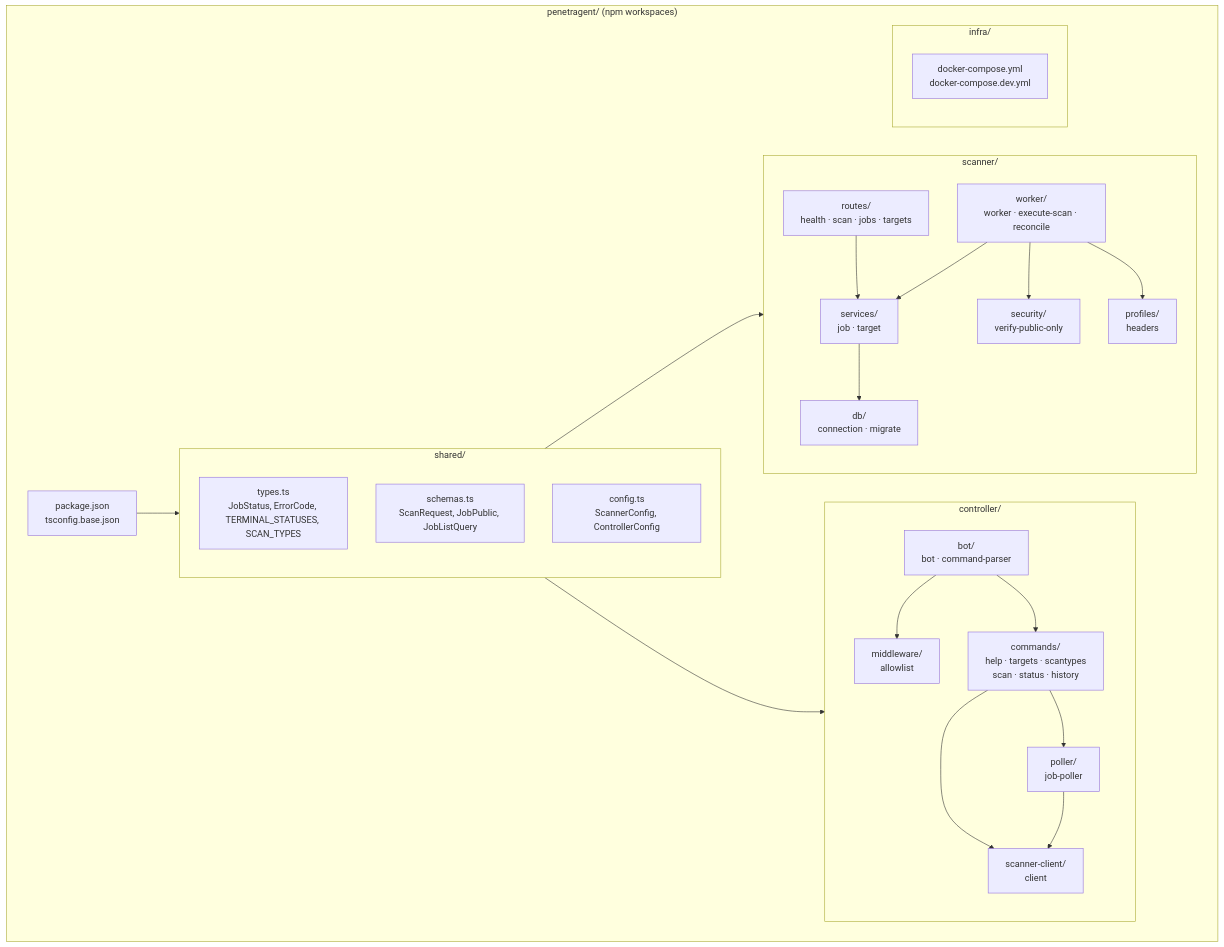
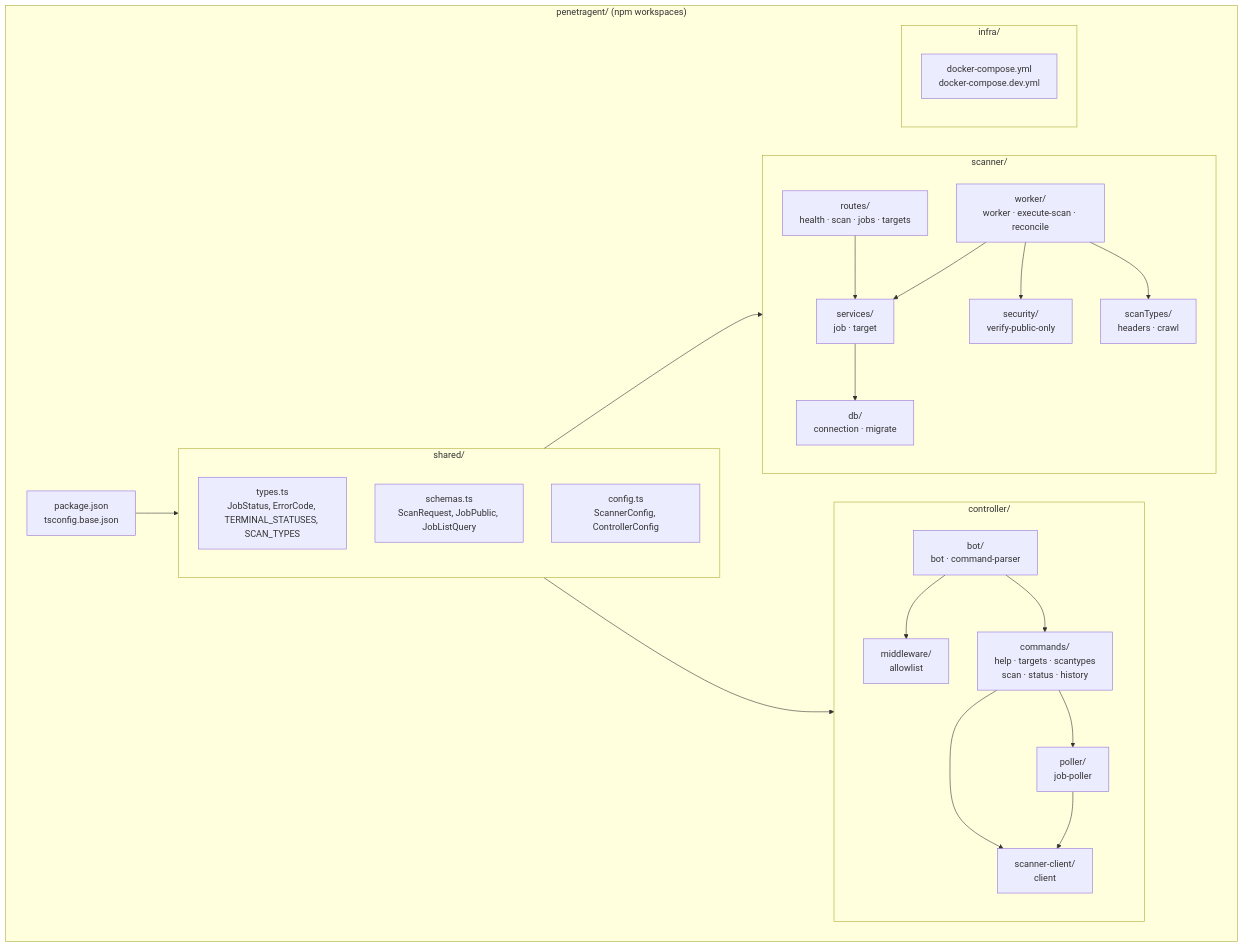
Before and after one commit to kirinmurphy/penetragent: the diagram in docs/howitworks/01-monorepo-structure.md, drawn with Mermaid. The commit also changed 60 other files, not shown here.

````diff
--- a/docs/howitworks/01-monorepo-structure.md
+++ b/docs/howitworks/01-monorepo-structure.md
@@ -3,47 +3,47 @@
 ```mermaid
 graph TB
     subgraph "penetragent/ (npm workspaces)"
         ROOT["package.json<br/>tsconfig.base.json"]
 
         subgraph "shared/"
             S_TYPES["types.ts<br/>JobStatus, ErrorCode, TERMINAL_STATUSES, SCAN_TYPES"]
             S_SCHEMAS["schemas.ts<br/>ScanRequest, JobPublic, JobListQuery"]
             S_CONFIG["config.ts<br/>ScannerConfig, ControllerConfig"]
         end
 
         subgraph "scanner/"
             S_ROUTES["routes/<br/>health · scan · jobs · targets"]
             S_SERVICES["services/<br/>job · target"]
             S_DB["db/<br/>connection · migrate"]
             S_WORKER["worker/<br/>worker · execute-scan · reconcile"]
             S_SECURITY["security/<br/>verify-public-only"]
-            S_PROFILES["profiles/<br/>headers"]
+            S_SCANTYPES["scanTypes/<br/>headers · crawl"]
         end
 
         subgraph "controller/"
             C_BOT["bot/<br/>bot · command-parser"]
             C_MW["middleware/<br/>allowlist"]
             C_CMDS["commands/<br/>help · targets · scantypes<br/>scan · status · history"]
             C_CLIENT["scanner-client/<br/>client"]
             C_POLLER["poller/<br/>job-poller"]
         end
 
         subgraph "infra/"
             COMPOSE["docker-compose.yml<br/>docker-compose.dev.yml"]
         end
     end
 
     ROOT --> shared/
     shared/ --> scanner/
     shared/ --> controller/
     S_ROUTES --> S_SERVICES
     S_SERVICES --> S_DB
     S_WORKER --> S_SERVICES
     S_WORKER --> S_SECURITY
-    S_WORKER --> S_PROFILES
+    S_WORKER --> S_SCANTYPES
     C_BOT --> C_MW
     C_BOT --> C_CMDS
     C_CMDS --> C_CLIENT
     C_CMDS --> C_POLLER
     C_POLLER --> C_CLIENT
 ```
````
